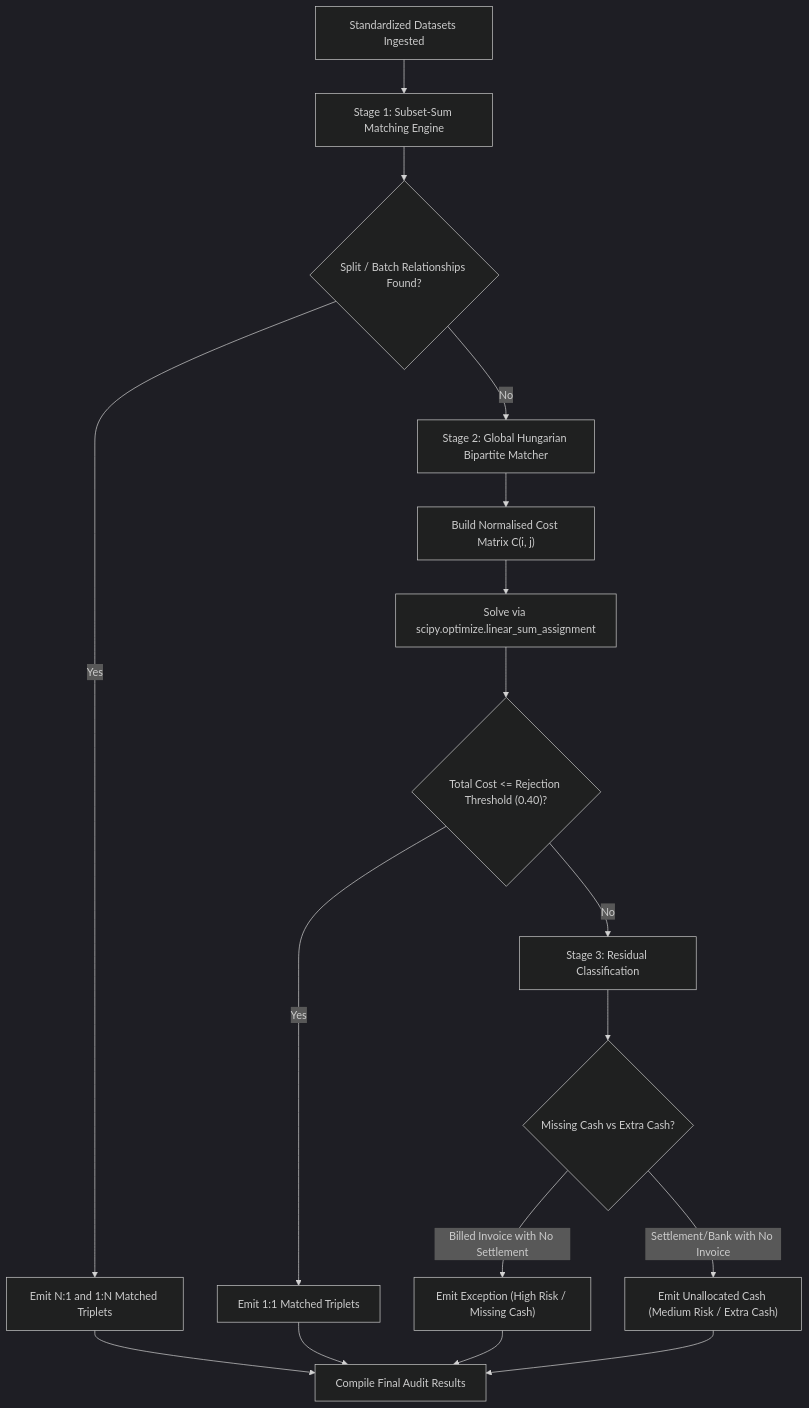
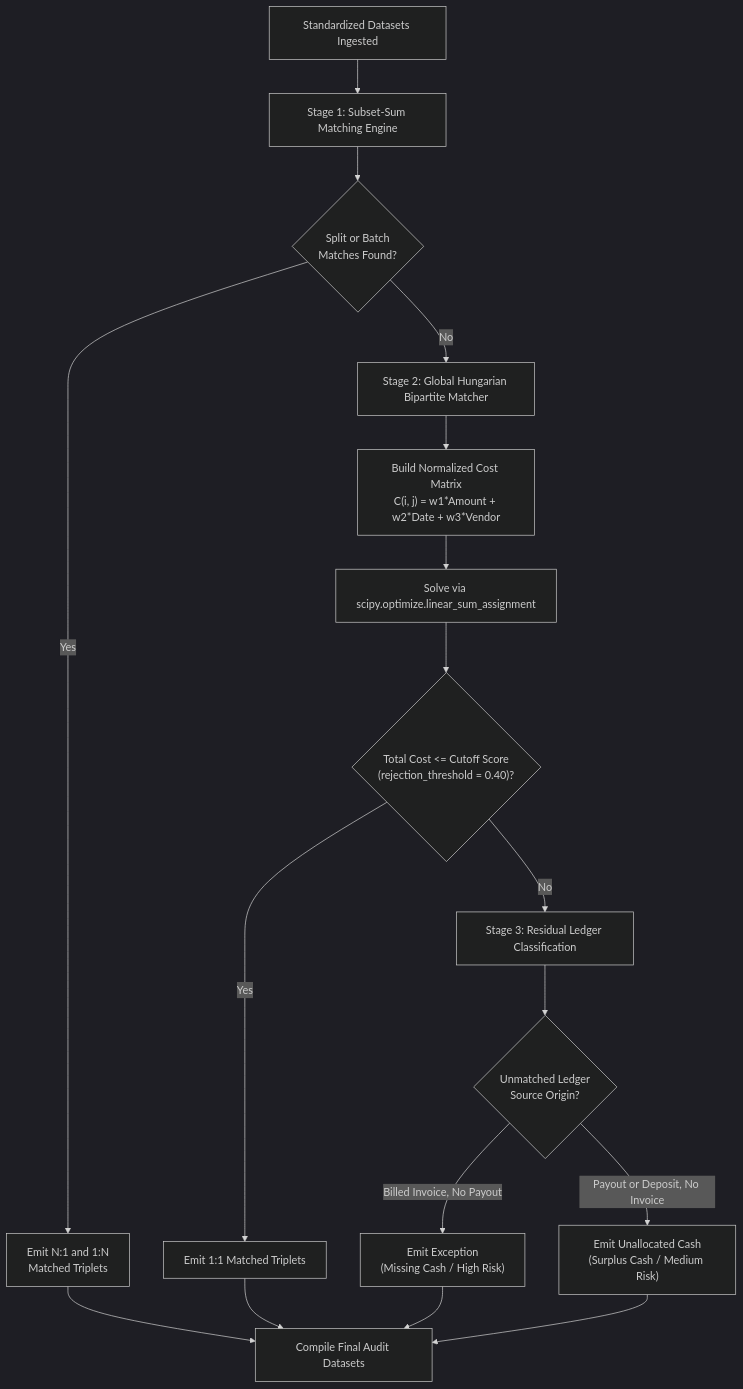
The third of 9 diagrams in ARCHITECTURE.md (harissh-k06/Razorpay_Buildathon), drawn with Mermaid (dark theme) before and after one commit. The commit also changed other lines of this file, not shown here.

````diff
--- a/ARCHITECTURE.md
+++ b/ARCHITECTURE.md
@@ -217,22 +217,22 @@
 ```mermaid
 flowchart TD
     StartRec["Standardized Datasets Ingested"] --> SubsetStage["Stage 1: Subset-Sum Matching Engine"]
-    SubsetStage --> SplitCheck{"Split / Batch Relationships Found?"}
-    SplitCheck -- Yes --> EmitSplitTriplets["Emit N:1 and 1:N Matched Triplets"]
+    SubsetStage --> SplitCheck{"Split or Batch<br/>Matches Found?"}
+    SplitCheck -- Yes --> EmitSplitTriplets["Emit N:1 and 1:N<br/>Matched Triplets"]
     SplitCheck -- No --> HungarianStage["Stage 2: Global Hungarian Bipartite Matcher"]
     
-    HungarianStage --> CostMatrix["Build Normalised Cost Matrix C(i, j)"]
+    HungarianStage --> CostMatrix["Build Normalized Cost Matrix<br/>C(i, j) = w1*Amount + w2*Date + w3*Vendor"]
     CostMatrix --> SolveAssignment["Solve via scipy.optimize.linear_sum_assignment"]
-    SolveAssignment --> ScoreFilter{"Total Cost <= Rejection Threshold (0.40)?"}
+    SolveAssignment --> ScoreFilter{"Total Cost <= Cutoff Score<br/>(rejection_threshold = 0.40)?"}
     
     ScoreFilter -- Yes --> Emit11Triplets["Emit 1:1 Matched Triplets"]
-    ScoreFilter -- No --> ResidualStage["Stage 3: Residual Classification"]
+    ScoreFilter -- No --> ResidualStage["Stage 3: Residual Ledger Classification"]
     
-    EmitSplitTriplets --> CompileResults["Compile Final Audit Results"]
+    EmitSplitTriplets --> CompileResults["Compile Final Audit Datasets"]
     Emit11Triplets --> CompileResults
-    ResidualStage --> Classifier{"Missing Cash vs Extra Cash?"}
-    Classifier -- "Billed Invoice with No Settlement" --> ExcMissing["Emit Exception (High Risk / Missing Cash)"]
-    Classifier -- "Settlement/Bank with No Invoice" --> ExcUnalloc["Emit Unallocated Cash (Medium Risk / Extra Cash)"]
+    ResidualStage --> Classifier{"Unmatched Ledger<br/>Source Origin?"}
+    Classifier -- "Billed Invoice, No Payout" --> ExcMissing["Emit Exception<br/>(Missing Cash / High Risk)"]
+    Classifier -- "Payout or Deposit, No Invoice" --> ExcUnalloc["Emit Unallocated Cash<br/>(Surplus Cash / Medium Risk)"]
     ExcMissing --> CompileResults
     ExcUnalloc --> CompileResults
 ```
````
